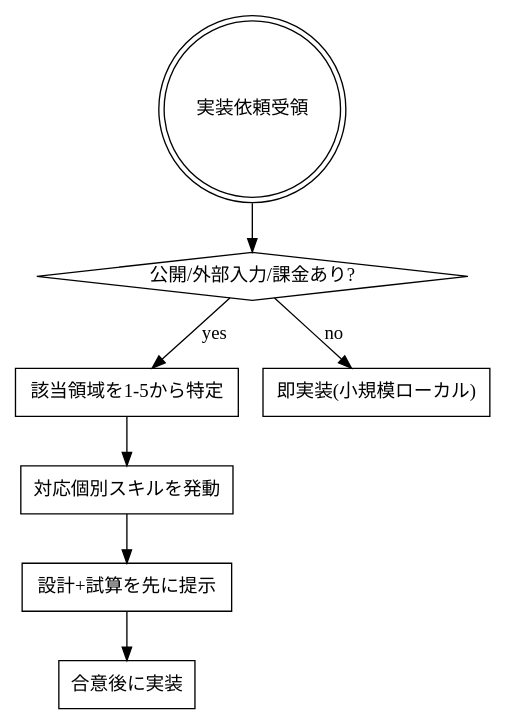
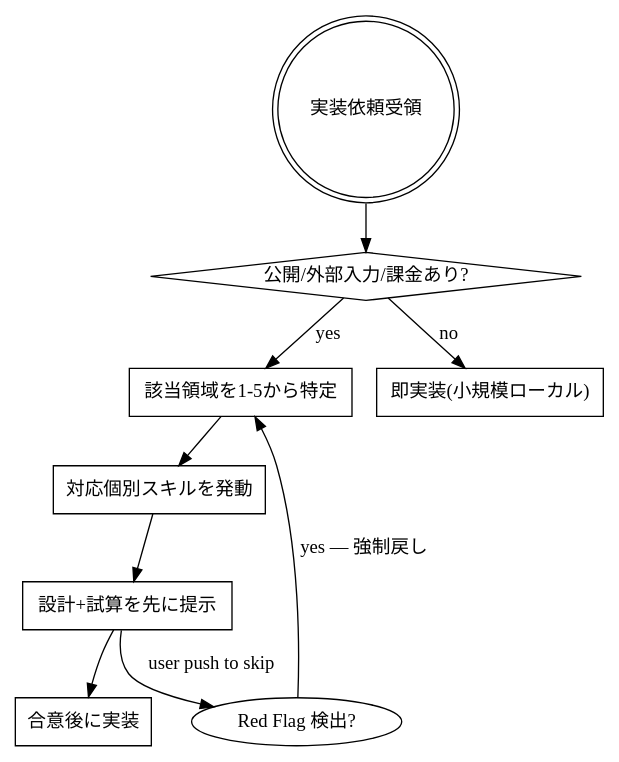
One commit to marvo737/safe-vibe-coding changed the diagram in skills/vibe-coding-overview/SKILL.md. Above: the diagram before and after it, drawn with Graphviz. The commit also changed other lines of this file and 4 other files, not shown here.

````diff
--- a/skills/vibe-coding-overview/SKILL.md
+++ b/skills/vibe-coding-overview/SKILL.md
@@ -37,18 +39,20 @@
 ```dot
 digraph flow {
   "実装依頼受領" [shape=doublecircle];
   "公開/外部入力/課金あり?" [shape=diamond];
   "該当領域を1-5から特定" [shape=box];
   "対応個別スキルを発動" [shape=box];
   "設計+試算を先に提示" [shape=box];
   "合意後に実装" [shape=box];
   "即実装(小規模ローカル)" [shape=box];
 
   "実装依頼受領" -> "公開/外部入力/課金あり?";
   "公開/外部入力/課金あり?" -> "該当領域を1-5から特定" [label="yes"];
   "公開/外部入力/課金あり?" -> "即実装(小規模ローカル)" [label="no"];
   "該当領域を1-5から特定" -> "対応個別スキルを発動";
   "対応個別スキルを発動" -> "設計+試算を先に提示";
   "設計+試算を先に提示" -> "合意後に実装";
+  "設計+試算を先に提示" -> "Red Flag 検出?" [label="user push to skip"];
+  "Red Flag 検出?" -> "該当領域を1-5から特定" [label="yes — 強制戻し"];
 }
 ```
````
